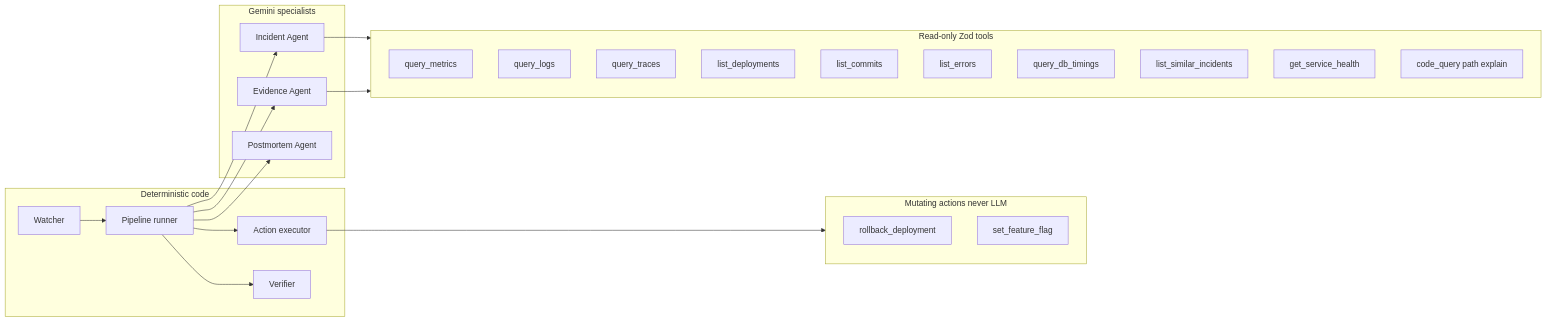
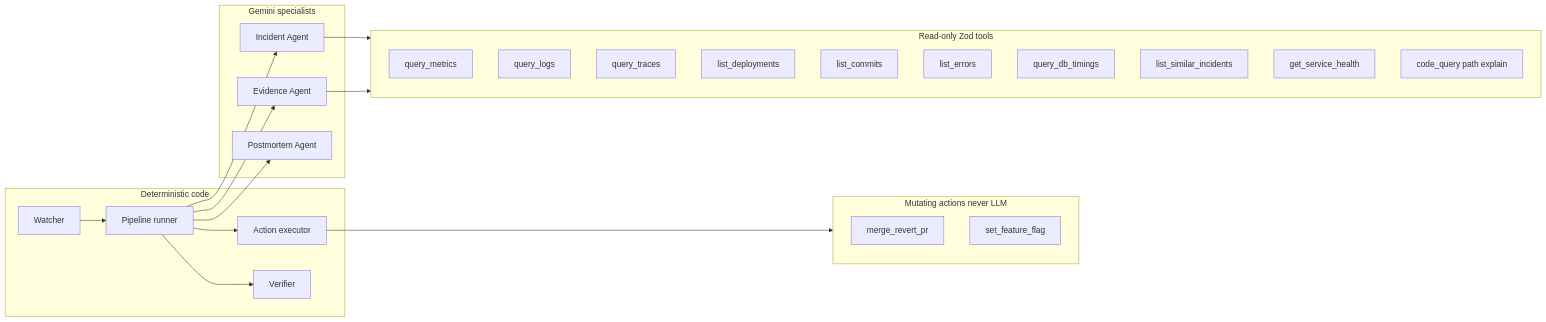
The second of 3 diagrams in diagrams/ARCHITECTURE.md (amit-lekhak/production-incident-agent), drawn with Mermaid before and after one commit. The commit also changed other lines of this file and 18 other files, not shown here.

````diff
--- a/diagrams/ARCHITECTURE.md
+++ b/diagrams/ARCHITECTURE.md
@@ -62,43 +62,43 @@
 ```mermaid
 flowchart LR
   subgraph code [Deterministic code]
     Watcher[Watcher]
     Pipeline[Pipeline runner]
     Actions[Action executor]
     Verifier[Verifier]
   end
 
   subgraph llm [Gemini specialists]
     Incident[Incident Agent]
     Evidence[Evidence Agent]
     Postmortem[Postmortem Agent]
   end
 
   subgraph tools [Read-only Zod tools]
     Tm[query_metrics]
     Tl[query_logs]
     Tt[query_traces]
     Td[list_deployments]
     Tc[list_commits]
     Te[list_errors]
     Tq[query_db_timings]
     Ts[list_similar_incidents]
     Th[get_service_health]
     Tcode[code_query path explain]
   end
 
   subgraph write [Mutating actions never LLM]
-    Rollback[rollback_deployment]
+    Revert[merge_revert_pr]
     Flag[set_feature_flag]
   end
 
   Watcher --> Pipeline
   Pipeline --> Incident
   Pipeline --> Evidence
   Pipeline --> Actions
   Pipeline --> Verifier
   Pipeline --> Postmortem
   Incident --> tools
   Evidence --> tools
   Actions --> write
 ```
````
